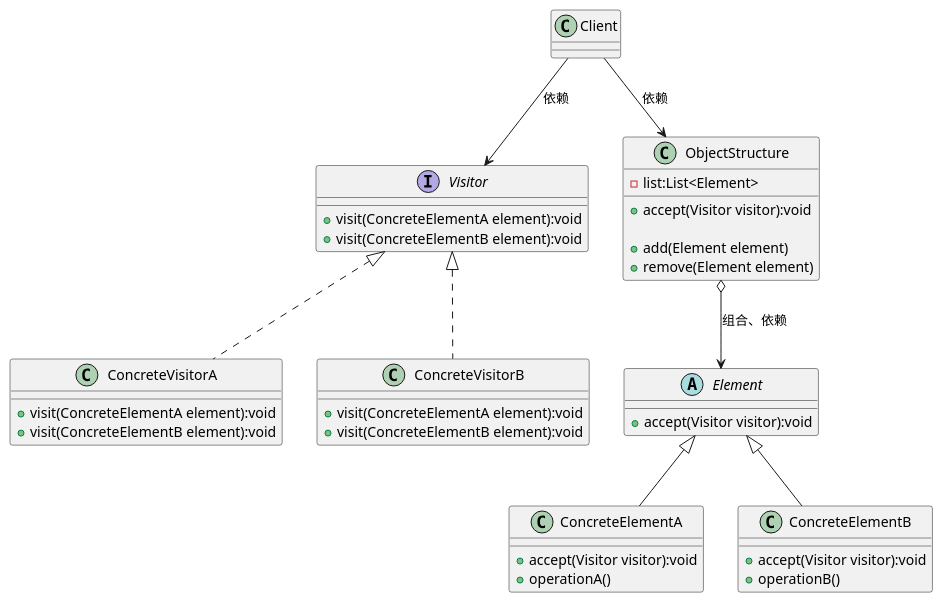
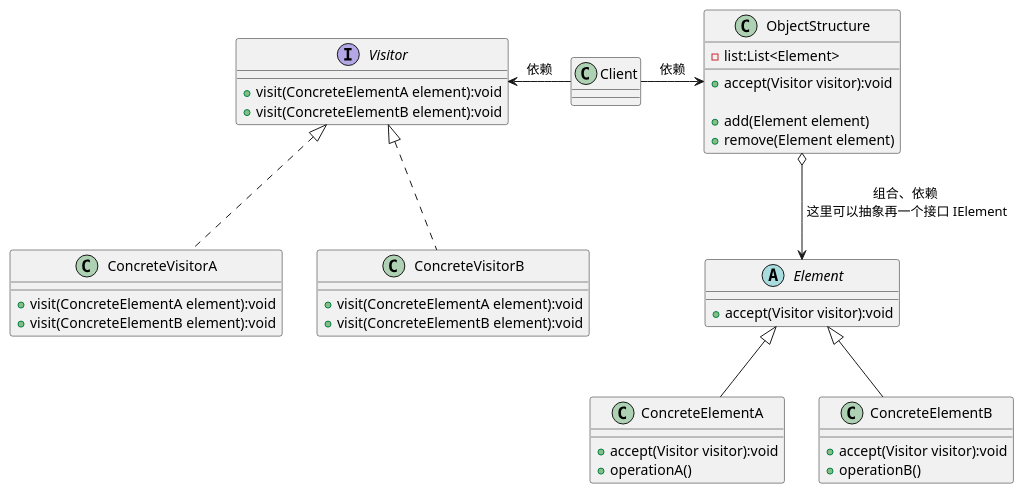
The diagram in src/main/java/chapter68/Visitor.puml (wuxiongbo/design_patterns), drawn with PlantUML before and after one commit. The commit also changed 7 other files, not shown here.

```diff
--- a/src/main/java/chapter68/Visitor.puml
+++ b/src/main/java/chapter68/Visitor.puml
@@ -1,62 +1,62 @@
 @startuml
 'https://plantuml.com/class-diagram
 ' https://blog.csdn.net/scoryy/article/details/123667176
 
 ' 结构对象 ObjectStructure
 ' 元素  Element
 ' 上面是稳定结构
 
 ' 访问者 Visitor
 ' 上面是变化结构
 
 
 interface Visitor {
     + visit(ConcreteElementA element):void
     + visit(ConcreteElementB element):void
 }
 class ConcreteVisitorA implements Visitor{
     + visit(ConcreteElementA element):void
     + visit(ConcreteElementB element):void
 }
 class ConcreteVisitorB implements Visitor{
     + visit(ConcreteElementA element):void
     + visit(ConcreteElementB element):void
 }
 
 
 abstract class Element {
     + accept(Visitor visitor):void
 }
 class ConcreteElementA extends Element{
     + accept(Visitor visitor):void
     + operationA()
 }
 class ConcreteElementB extends Element{
     + accept(Visitor visitor):void
     + operationB()
 }
 class ObjectStructure{
     - list:List<Element>
 
     + accept(Visitor visitor):void
 
     + add(Element element)
     + remove(Element element)
 }
 
 
 ' 分组
 together {
     abstract class Element
     class ConcreteElementA
     class ConcreteElementB
     class ObjectStructure
 }
 
 
-ObjectStructure o--> Element : 组合、依赖
-Client --> Visitor : 依赖
-Client --> ObjectStructure : 依赖
+ObjectStructure o--> Element : 组合、依赖\n 这里可以抽象再一个接口 IElement
+Client -left-> Visitor : 依赖
+Client -right-> ObjectStructure : 依赖
 
 
 @enduml
```
